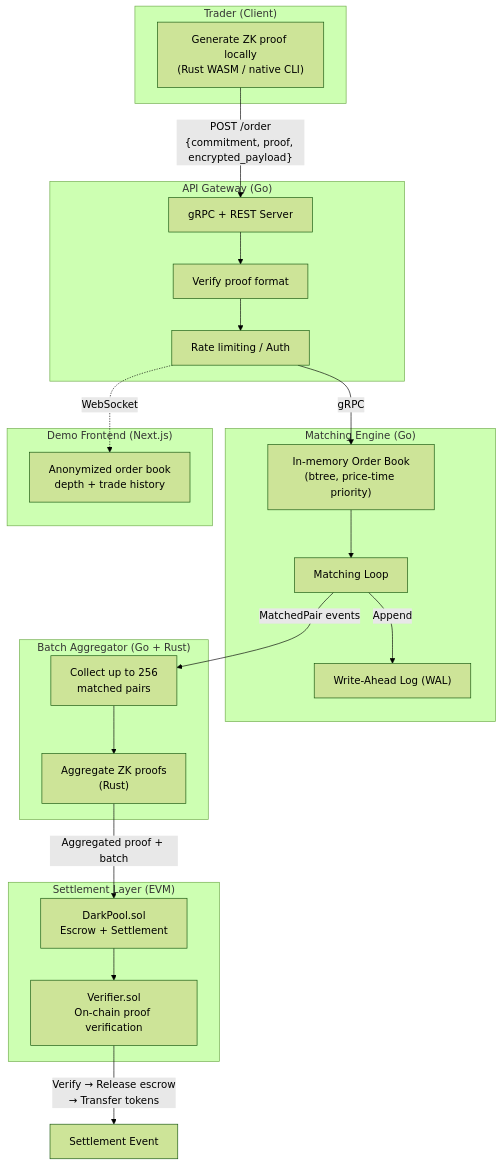
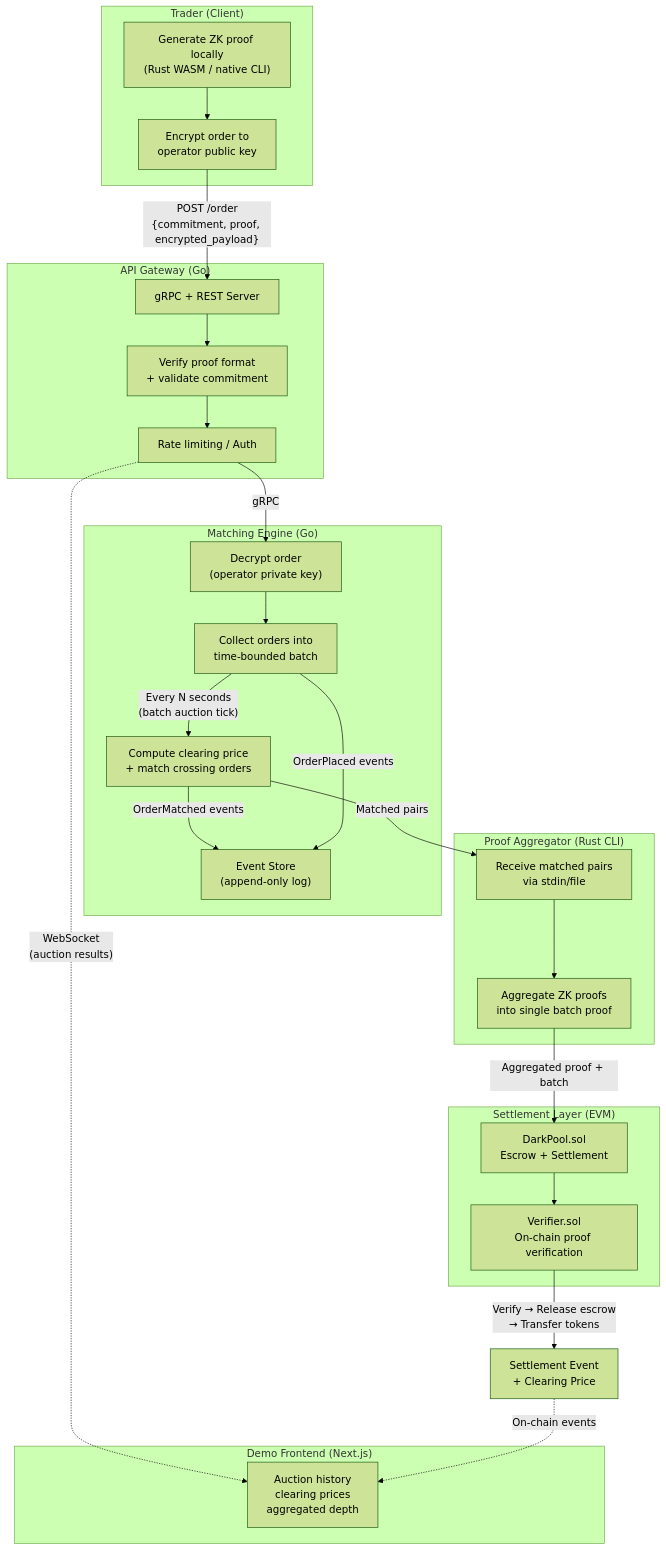
One commit to Dnreikronos/DarkPool-Exchange changed the diagram in README.md. Above: the diagram before and after it, drawn with Mermaid (forest theme). The commit also changed other lines of this file and 2 other files, not shown here.

````diff
--- a/README.md
+++ b/README.md
@@ -33,45 +35,51 @@
 ```mermaid
 flowchart TB
     subgraph Client["Trader (Client)"]
-        A["Generate ZK proof locally\n(Rust WASM / native CLI)"]
+        A1["Generate ZK proof locally\n(Rust WASM / native CLI)"]
+        A2["Encrypt order to\noperator public key"]
     end
 
     subgraph API["API Gateway (Go)"]
         B["gRPC + REST Server"]
-        B1["Verify proof format"]
+        B1["Verify proof format\n+ validate commitment"]
         B2["Rate limiting / Auth"]
     end
 
     subgraph Engine["Matching Engine (Go)"]
-        C["In-memory Order Book\n(btree, price-time priority)"]
-        D["Matching Loop"]
-        E["Write-Ahead Log (WAL)"]
+        C["Decrypt order\n(operator private key)"]
+        D["Collect orders into\ntime-bounded batch"]
+        D2["Compute clearing price\n+ match crossing orders"]
+        ES["Event Store\n(append-only log)"]
     end
 
-    subgraph Aggregator["Batch Aggregator (Go + Rust)"]
-        F["Collect up to 256\nmatched pairs"]
-        G["Aggregate ZK proofs\n(Rust)"]
+    subgraph Aggregator["Proof Aggregator (Rust CLI)"]
+        F["Receive matched pairs\nvia stdin/file"]
+        G["Aggregate ZK proofs\ninto single batch proof"]
     end
 
     subgraph Contracts["Settlement Layer (EVM)"]
         H["DarkPool.sol\nEscrow + Settlement"]
         I["Verifier.sol\nOn-chain proof verification"]
     end
 
     subgraph Frontend["Demo Frontend (Next.js)"]
-        J["Anonymized order book\ndepth + trade history"]
+        J["Auction history\nclearing prices\naggregated depth"]
     end
 
-    A -- "POST /order\n{commitment, proof, encrypted_payload}" --> B
+    A1 --> A2
+    A2 -- "POST /order\n{commitment, proof, encrypted_payload}" --> B
     B --> B1 --> B2
     B2 -- "gRPC" --> C
     C --> D
-    D -- "MatchedPair events" --> F
-    D -- "Append" --> E
+    D -- "Every N seconds\n(batch auction tick)" --> D2
+    D2 -- "OrderMatched events" --> ES
+    D -- "OrderPlaced events" --> ES
+    D2 -- "Matched pairs" --> F
     F --> G
     G -- "Aggregated proof + batch" --> H
     H --> I
-    I -- "Verify → Release escrow\n→ Transfer tokens" --> K["Settlement Event"]
+    I -- "Verify → Release escrow\n→ Transfer tokens" --> K["Settlement Event\n+ Clearing Price"]
 
-    B2 -. "WebSocket" .-> J
+    B2 -. "WebSocket\n(auction results)" .-> J
+    K -. "On-chain events" .-> J
 ```
````
